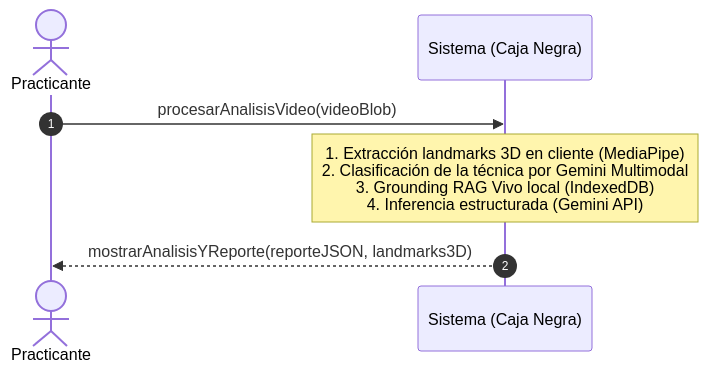
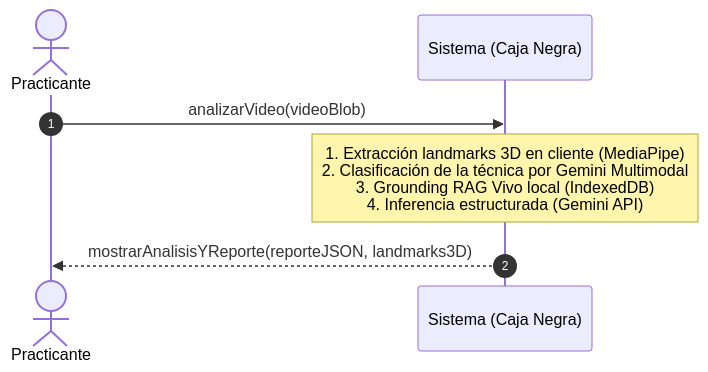
The third of 11 diagrams in README.md (Tsmrain/Documentacion), drawn with Mermaid before and after one commit. The commit also changed other lines of this file, not shown here.

Commit message:
docs: update project structure, rename analysis entities to training sessions, and define new technical documentation schemas

````diff
--- a/README.md
+++ b/README.md
@@ -975,10 +983,10 @@
 ```mermaid
 sequenceDiagram
     autonumber
     actor Practicante
     participant Sistema as Sistema (Caja Negra)
     
-    Practicante->>Sistema: procesarAnalisisVideo(videoBlob)
+    Practicante->>Sistema: analizarVideo(videoBlob)
     Note over Sistema: 1. Extracción landmarks 3D en cliente (MediaPipe)<br/>2. Clasificación de la técnica por Gemini Multimodal<br/>3. Grounding RAG Vivo local (IndexedDB)<br/>4. Inferencia estructurada (Gemini API)
     Sistema-->>Practicante: mostrarAnalisisYReporte(reporteJSON, landmarks3D)
 ```
````
